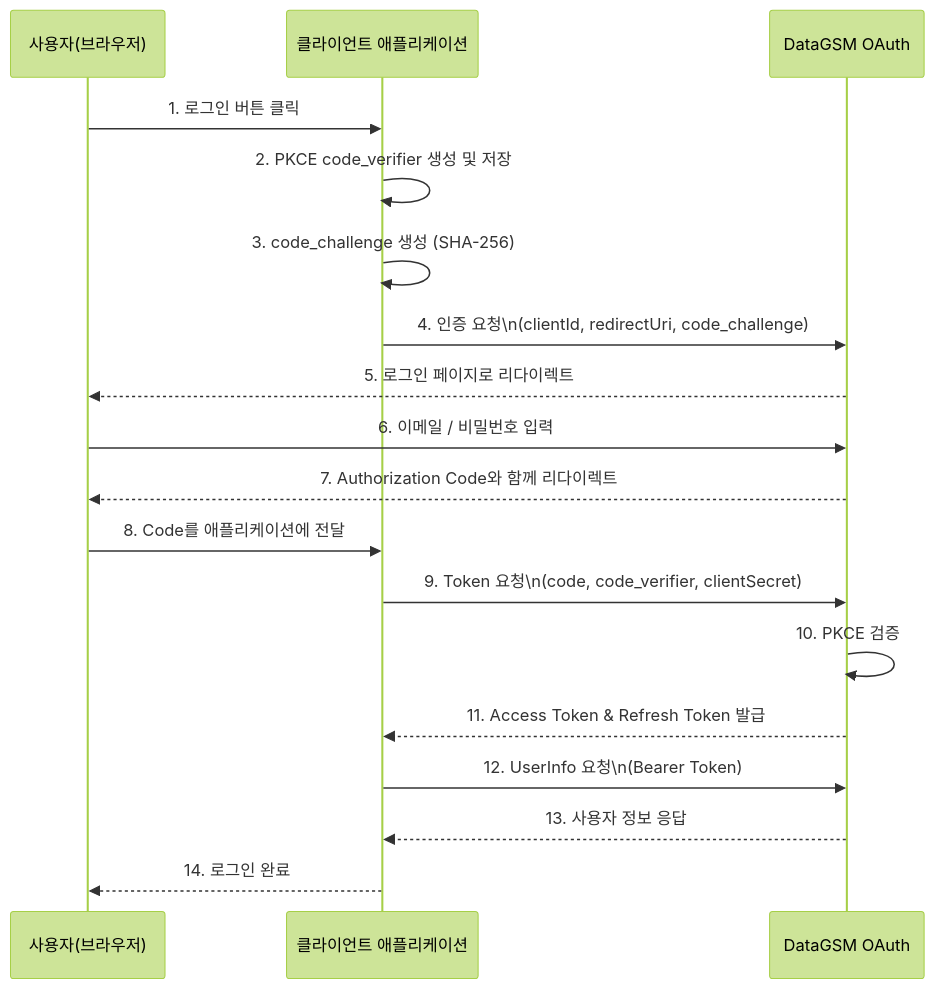
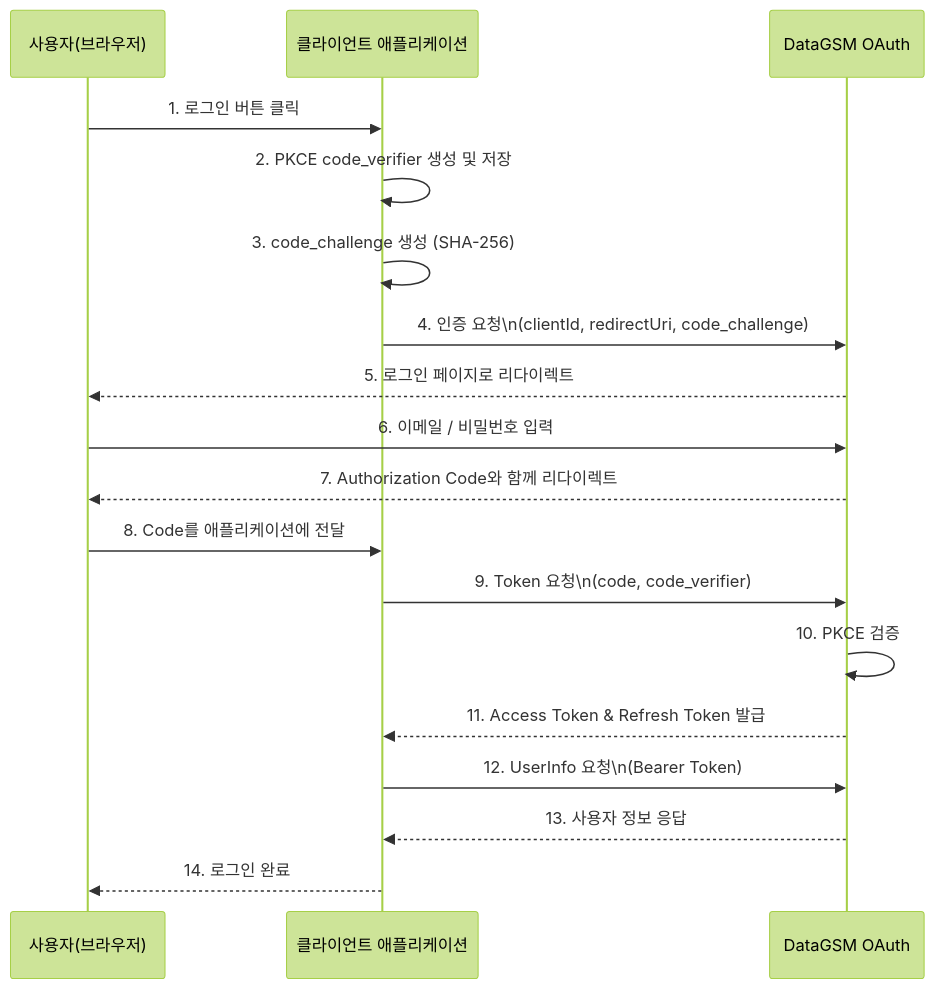
One commit to themoment-team/datagsm-front changed the diagram in apps/client/src/app/docs/oauth/page.mdx. Above: the diagram before and after it, drawn with Mermaid (forest theme). The commit also changed other lines of this file and 10 other files, not shown here.

````diff
--- a/apps/client/src/app/docs/oauth/page.mdx
+++ b/apps/client/src/app/docs/oauth/page.mdx
@@ -67,21 +77,21 @@
 ```mermaid
 sequenceDiagram
     participant U as 사용자(브라우저)
     participant C as 클라이언트 애플리케이션
     participant O as DataGSM OAuth
 
     U->>C: 1. 로그인 버튼 클릭
     C->>C: 2. PKCE code_verifier 생성 및 저장
     C->>C: 3. code_challenge 생성 (SHA-256)
     C->>O: 4. 인증 요청\n(clientId, redirectUri, code_challenge)
     O-->>U: 5. 로그인 페이지로 리다이렉트
     U->>O: 6. 이메일 / 비밀번호 입력
     O-->>U: 7. Authorization Code와 함께 리다이렉트
     U->>C: 8. Code를 애플리케이션에 전달
-    C->>O: 9. Token 요청\n(code, code_verifier, clientSecret)
+    C->>O: 9. Token 요청\n(code, code_verifier)
     O->>O: 10. PKCE 검증
     O-->>C: 11. Access Token & Refresh Token 발급
     C->>O: 12. UserInfo 요청\n(Bearer Token)
     O-->>C: 13. 사용자 정보 응답
     C-->>U: 14. 로그인 완료
 ```
````
